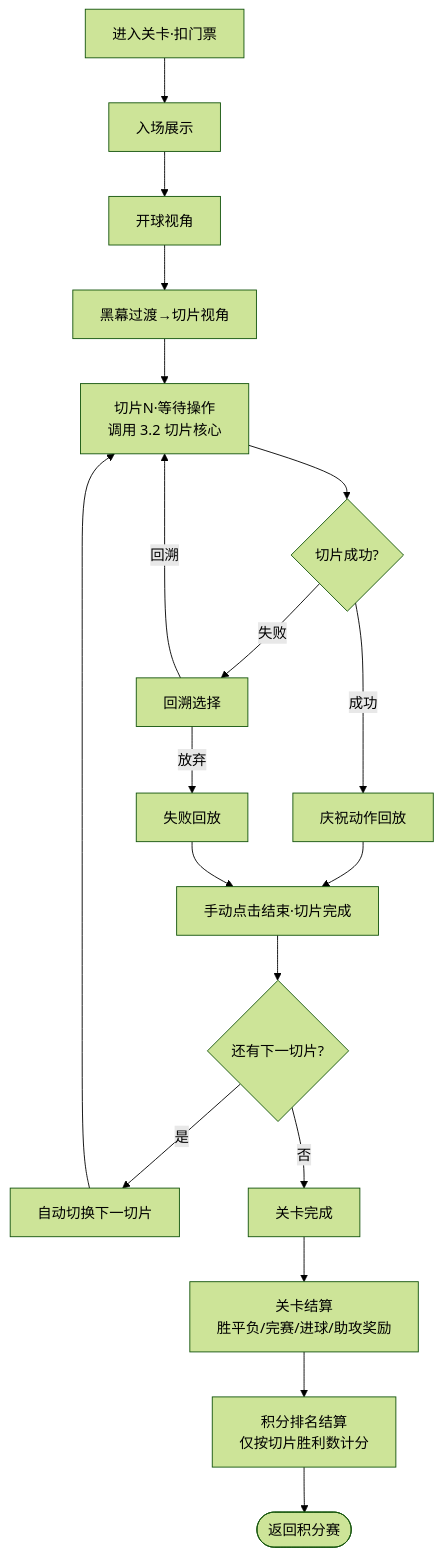
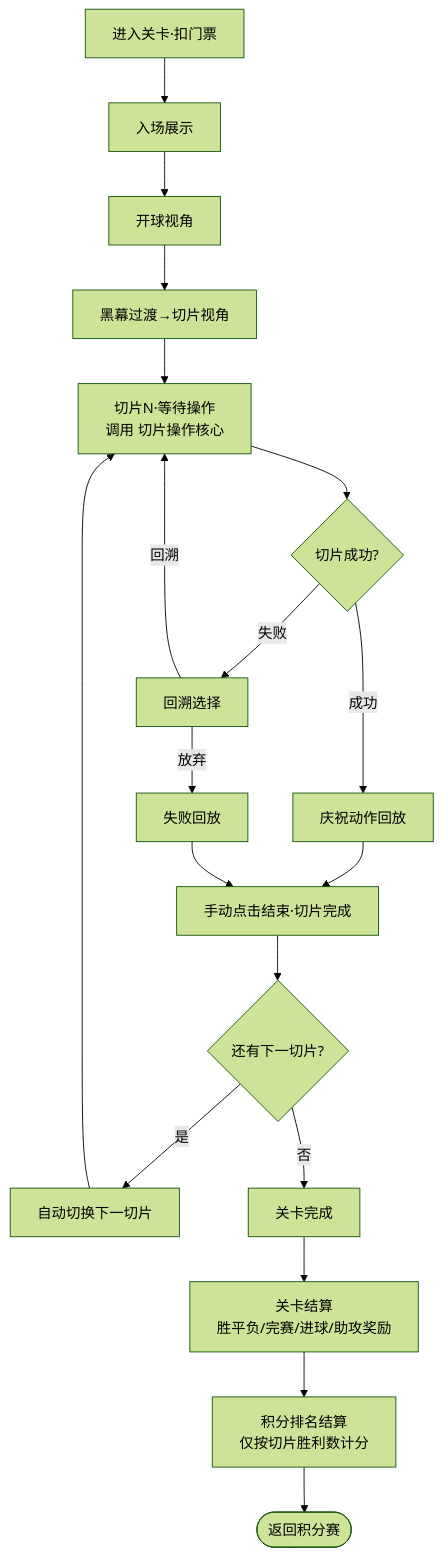
One commit to RehearsalTap4Fun/MindToDoc changed the fourth of 8 diagrams in output/2026世界杯主题活动.md. Above: the diagram before and after it, drawn with Mermaid (forest theme). The commit also changed other lines of this file and 4 other files, not shown here.

````diff
--- a/output/2026世界杯主题活动.md
+++ b/output/2026世界杯主题活动.md
@@ -205,20 +196,20 @@
 ```mermaid
 flowchart TD
     A[进入关卡·扣门票] --> B[入场展示]
     B --> C[开球视角]
     C --> D[黑幕过渡→切片视角]
-    D --> E[切片N·等待操作<br/>调用 3.2 切片核心]
+    D --> E[切片N·等待操作<br/>调用 切片操作核心]
     E --> F{切片成功?}
     F -->|成功| G[庆祝动作回放]
     F -->|失败| H[回溯选择]
     H -->|回溯| E
     H -->|放弃| I[失败回放]
     G --> J[手动点击结束·切片完成]
     I --> J
     J --> K{还有下一切片?}
     K -->|是| L[自动切换下一切片] --> E
     K -->|否| M[关卡完成]
     M --> N[关卡结算<br/>胜平负/完赛/进球/助攻奖励]
     N --> O[积分排名结算<br/>仅按切片胜利数计分]
     O --> P([返回积分赛])
 ```
````
